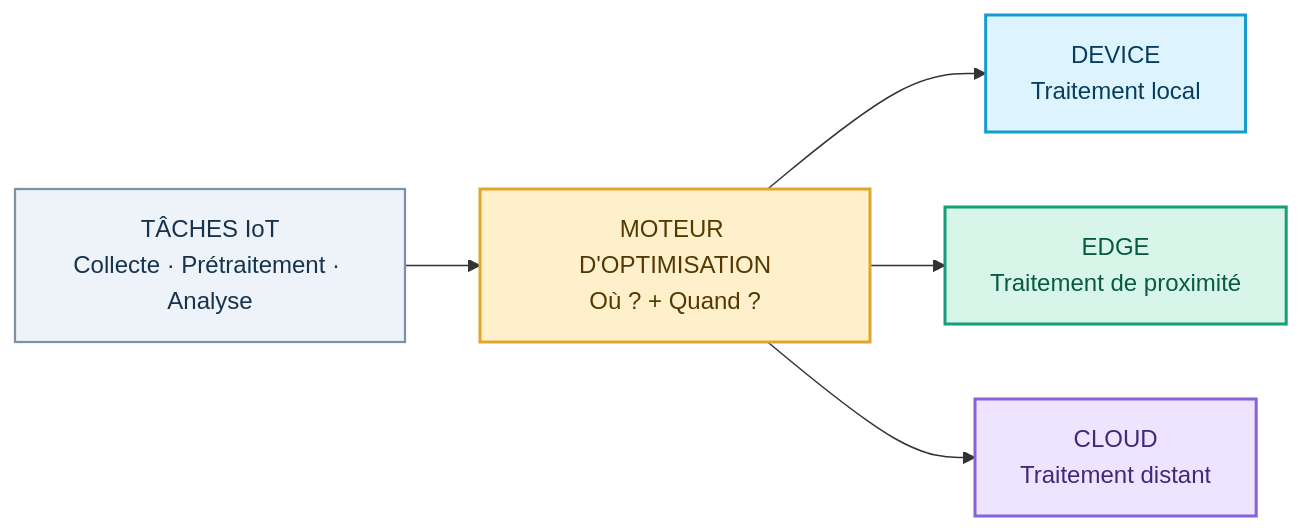
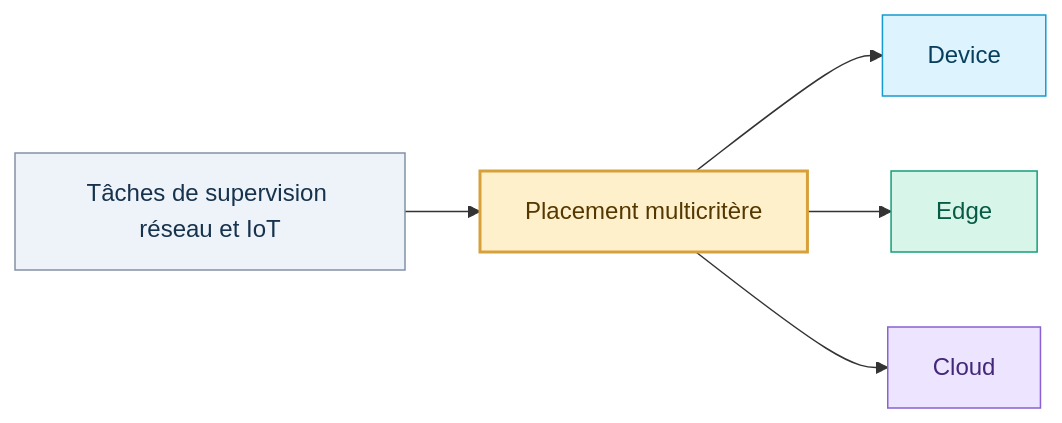
One commit to ilyes-rhdi/RO_IOT changed the first of 15 diagrams in README.md. Above: the diagram before and after it, drawn with Mermaid. The commit also changed other lines of this file, not shown here.

````diff
--- a/README.md
+++ b/README.md
@@ -35,24 +51,13 @@
 ```mermaid
 flowchart LR
-    I["TÂCHES IoT<br/>Collecte · Prétraitement · Analyse"]
-    O["MOTEUR D'OPTIMISATION<br/>Où ? + Quand ?"]
-    D["DEVICE<br/>Traitement local"]
-    E["EDGE<br/>Traitement de proximité"]
-    C["CLOUD<br/>Traitement distant"]
-
-    I --> O
-    O --> D
-    O --> E
-    O --> C
-
-    classDef source fill:#EDF3F8,stroke:#7D91A6,color:#17324D,stroke-width:1.5px;
-    classDef decision fill:#FFF0CC,stroke:#E0A52B,color:#553800,stroke-width:2px;
-    classDef device fill:#DDF4FF,stroke:#159BD0,color:#083E5D,stroke-width:2px;
-    classDef edge fill:#D8F5EA,stroke:#149E79,color:#075B45,stroke-width:2px;
-    classDef cloud fill:#EDE5FF,stroke:#8960D5,color:#432779,stroke-width:2px;
-    class I source;
-    class O decision;
-    class D device;
-    class E edge;
-    class C cloud;
+    T["Tâches de supervision réseau et IoT"] --> P["Placement multicritère"]
+    P --> D["Device"]
+    P --> E["Edge"]
+    P --> C["Cloud"]
+    classDef t fill:#EDF3F8,stroke:#8292A6,color:#17324D;
+    classDef p fill:#FFF0CC,stroke:#D6A13A,color:#553800,stroke-width:2px;
+    classDef d fill:#DDF4FF,stroke:#159BD0,color:#083E5D;
+    classDef e fill:#D8F5EA,stroke:#149E79,color:#075B45;
+    classDef c fill:#EDE5FF,stroke:#8960D5,color:#432779;
+    class T t; class P p; class D d; class E e; class C c;
 ```
````
